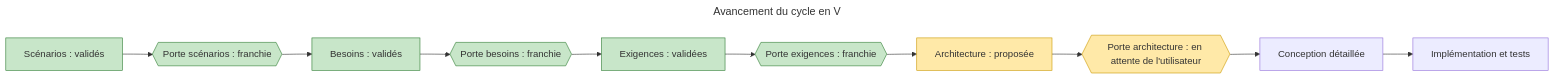
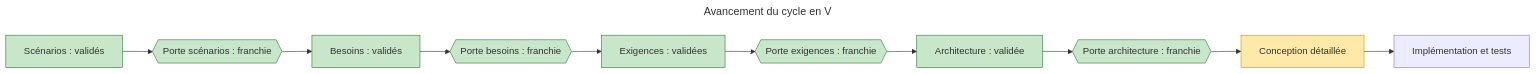
Before and after one commit to thourymatthieu-png/coworker_archi_system: the diagram in projets/boomrone/reprise.md, drawn with Mermaid. The commit also changed other lines of this file and 3 other files, not shown here.

First line of the commit message:
Boomrone : DEC-251, porte architecture franchie sur accord explicite de l'utilisateur

````diff
--- a/projets/boomrone/reprise.md
+++ b/projets/boomrone/reprise.md
@@ -10,19 +10,19 @@
 ```mermaid
 ---
 title: "Avancement du cycle en V"
 ---
 flowchart LR
     S["Scénarios : validés"] --> PS{{"Porte scénarios : franchie"}}
     PS --> B["Besoins : validés"]
     B --> PB{{"Porte besoins : franchie"}}
     PB --> R["Exigences : validées"]
     R --> PR{{"Porte exigences : franchie"}}
-    PR --> A["Architecture : proposée"]
-    A --> PA{{"Porte architecture : en attente de l'utilisateur"}}
+    PR --> A["Architecture : validée"]
+    A --> PA{{"Porte architecture : franchie"}}
     PA --> D["Conception détaillée"]
     D --> I["Implémentation et tests"]
     classDef fait fill:#c8e6c9,stroke:#2e7d32
     classDef cours fill:#ffe9a8,stroke:#c90
-    class S,PS,B,PB,R,PR fait
-    class A,PA cours
+    class S,PS,B,PB,R,PR,A,PA fait
+    class D cours
 ```
````
